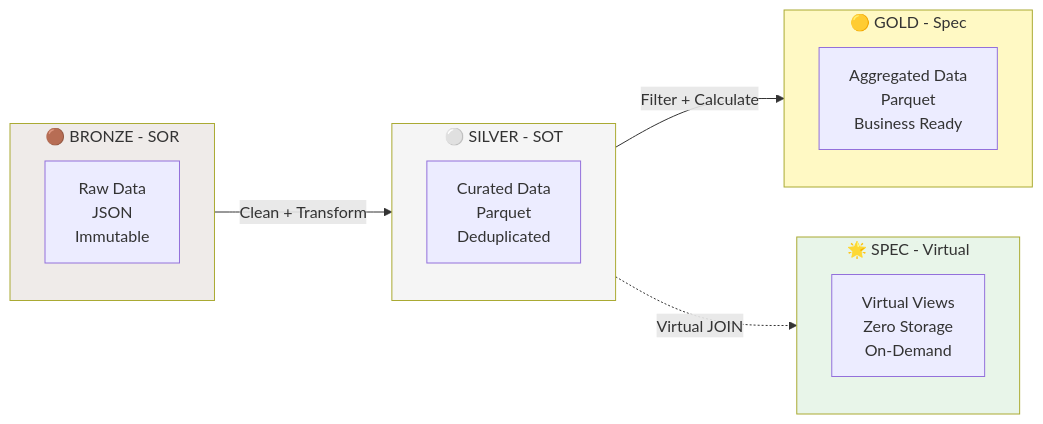
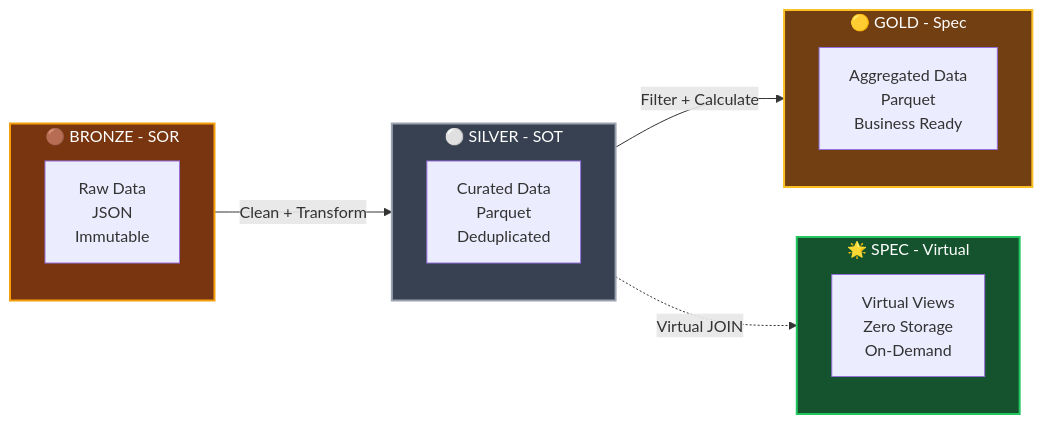
One commit to kaikeventura/aws-data-lake changed the third of 6 diagrams in ARCHITECTURE.md. Above: the diagram before and after it, drawn with Mermaid. The commit also changed other lines of this file and 1 other file, not shown here.

````diff
--- a/ARCHITECTURE.md
+++ b/ARCHITECTURE.md
@@ -137,27 +137,27 @@
 ```mermaid
 graph LR
     subgraph Bronze["🟤 BRONZE - SOR"]
         B1[Raw Data<br/>JSON<br/>Immutable]
     end
     
     subgraph Silver["⚪ SILVER - SOT"]
         S1[Curated Data<br/>Parquet<br/>Deduplicated]
     end
     
     subgraph Gold["🟡 GOLD - Spec"]
         G1[Aggregated Data<br/>Parquet<br/>Business Ready]
     end
     
     subgraph Spec["🌟 SPEC - Virtual"]
         SP1[Virtual Views<br/>Zero Storage<br/>On-Demand]
     end
     
     Bronze -->|Clean + Transform| Silver
     Silver -->|Filter + Calculate| Gold
     Silver -.->|Virtual JOIN| Spec
     
-    style Bronze fill:#efebe9
-    style Silver fill:#f5f5f5
-    style Gold fill:#fff9c4
-    style Spec fill:#e8f5e9
+    style Bronze fill:#78350f,stroke:#f59e0b,stroke-width:2px,color:#fff
+    style Silver fill:#374151,stroke:#9ca3af,stroke-width:2px,color:#fff
+    style Gold fill:#713f12,stroke:#fbbf24,stroke-width:2px,color:#fff
+    style Spec fill:#14532d,stroke:#22c55e,stroke-width:2px,color:#fff
 ```
````
